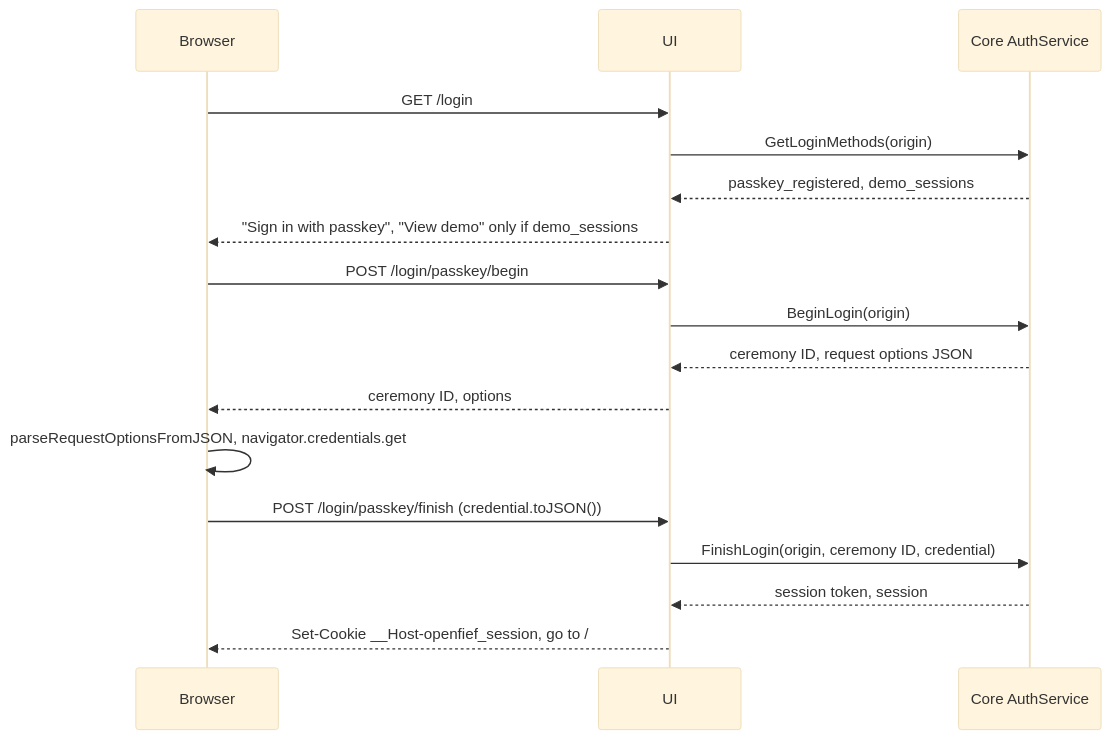
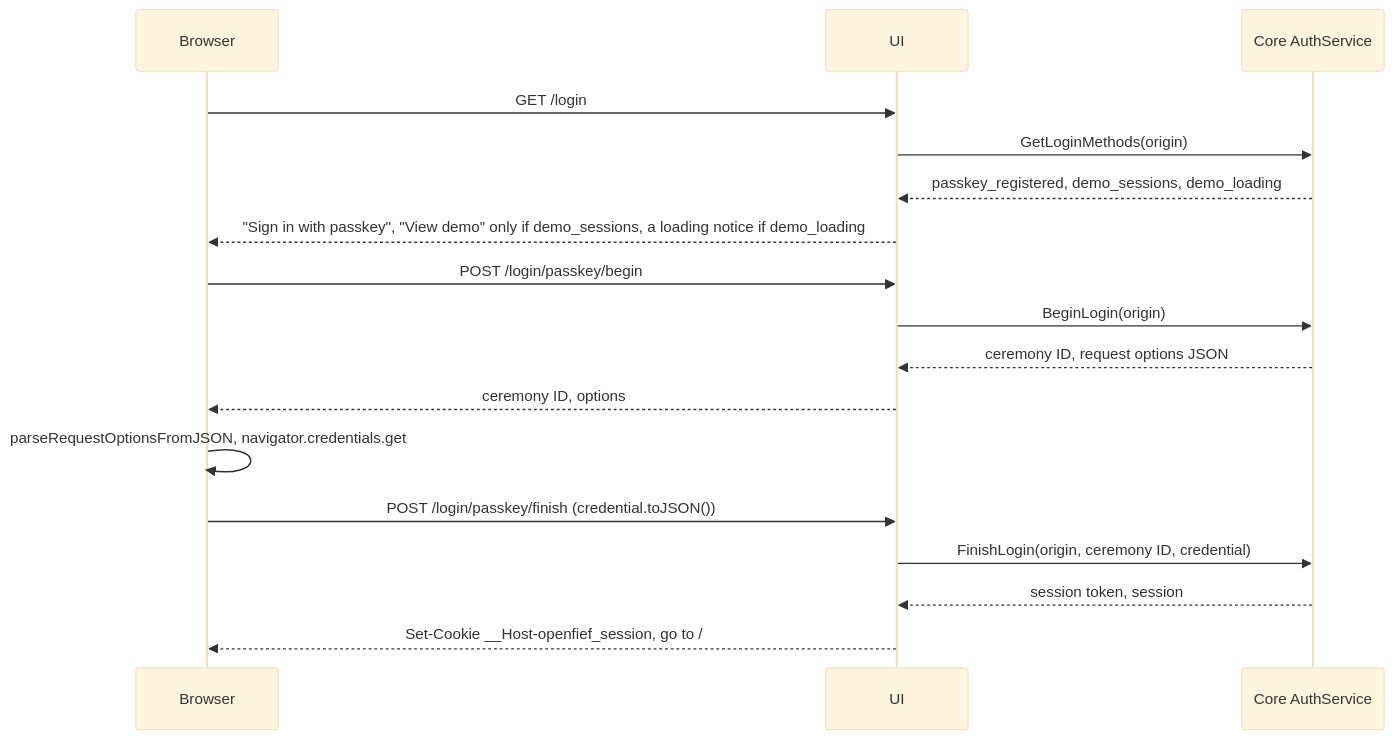
Before and after one commit to arkadiuss/openfief: the second of 2 diagrams in docs/concepts/ui.md, drawn with Mermaid (base theme). The commit also changed other lines of this file and 70 other files, not shown here.

````diff
--- a/docs/concepts/ui.md
+++ b/docs/concepts/ui.md
@@ -89,19 +89,19 @@
 ```mermaid
 sequenceDiagram
   participant B as Browser
   participant U as UI
   participant C as Core AuthService
   B->>U: GET /login
   U->>C: GetLoginMethods(origin)
-  C-->>U: passkey_registered, demo_sessions
-  U-->>B: "Sign in with passkey", "View demo" only if demo_sessions
+  C-->>U: passkey_registered, demo_sessions, demo_loading
+  U-->>B: "Sign in with passkey", "View demo" only if demo_sessions, a loading notice if demo_loading
   B->>U: POST /login/passkey/begin
   U->>C: BeginLogin(origin)
   C-->>U: ceremony ID, request options JSON
   U-->>B: ceremony ID, options
   B->>B: parseRequestOptionsFromJSON, navigator.credentials.get
   B->>U: POST /login/passkey/finish (credential.toJSON())
   U->>C: FinishLogin(origin, ceremony ID, credential)
   C-->>U: session token, session
   U-->>B: Set-Cookie __Host-openfief_session, go to /
 ```
````
